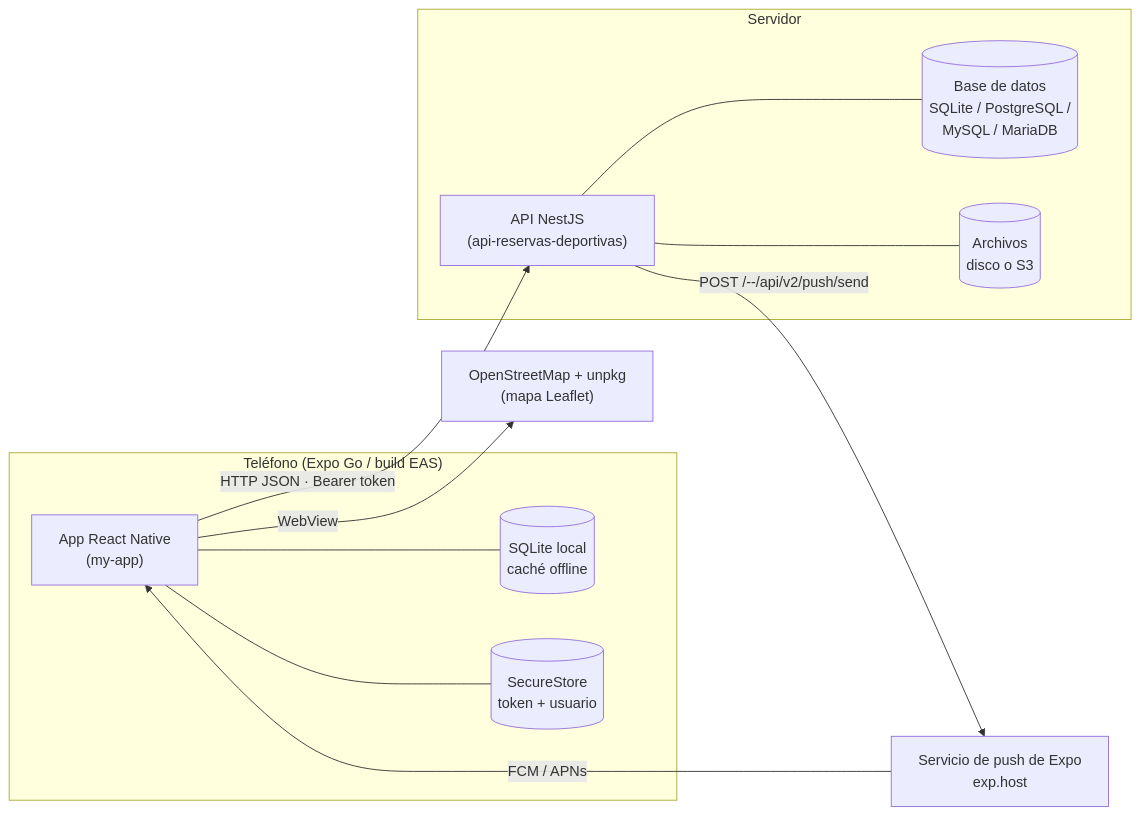
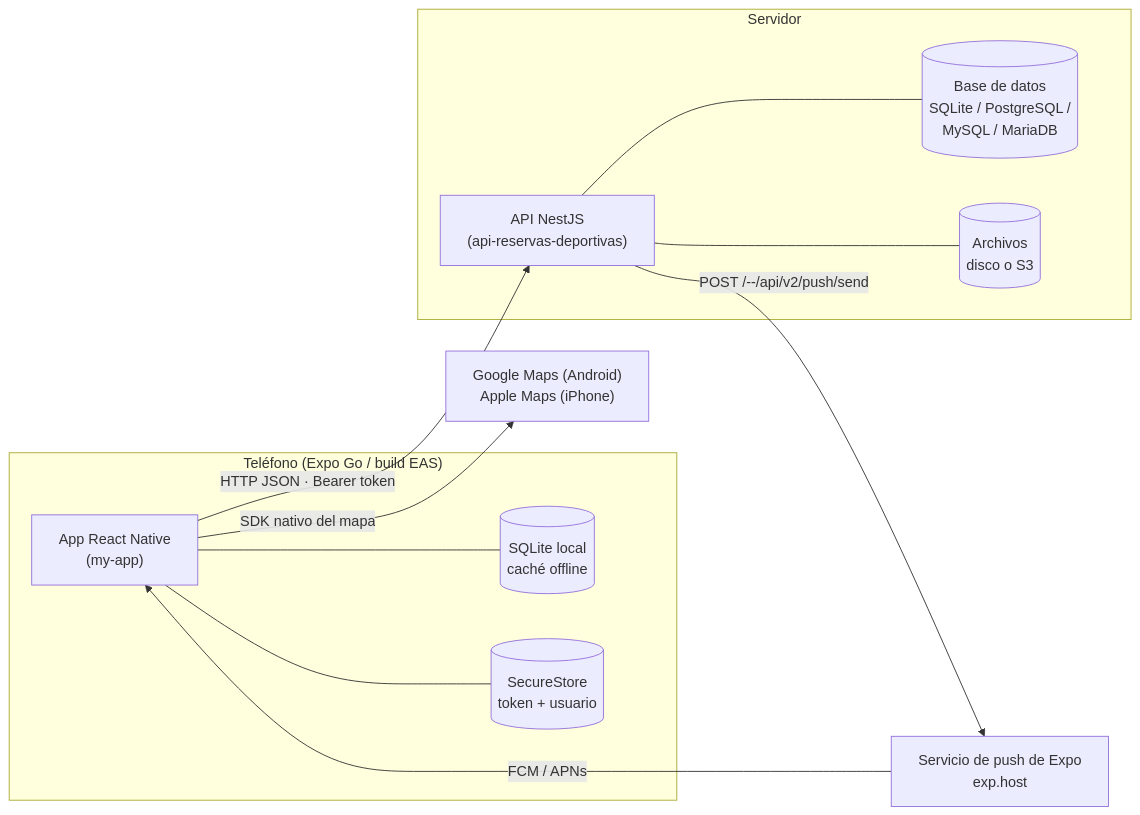
Before and after one commit to lucas12cn/proyecto-final-reservas: the first of 8 diagrams in docs/02-arquitectura.md, drawn with Mermaid. The commit also changed other lines of this file and 11 other files, not shown here.

First line of the commit message:
feat(app): mapa nativo con react-native-maps, sin WebView

````diff
--- a/docs/02-arquitectura.md
+++ b/docs/02-arquitectura.md
@@ -9,26 +9,26 @@
 ```mermaid
 flowchart LR
   subgraph Tel["Teléfono (Expo Go / build EAS)"]
     APP["App React Native<br/>(my-app)"]
     SQL[("SQLite local<br/>caché offline")]
     SEC[("SecureStore<br/>token + usuario")]
     APP --- SQL
     APP --- SEC
   end
 
   subgraph Srv["Servidor"]
     API["API NestJS<br/>(api-reservas-deportivas)"]
     DB[("Base de datos<br/>SQLite / PostgreSQL /<br/>MySQL / MariaDB")]
     FILES[("Archivos<br/>disco o S3")]
     API --- DB
     API --- FILES
   end
 
   EXPO["Servicio de push de Expo<br/>exp.host"]
-  OSM["OpenStreetMap + unpkg<br/>(mapa Leaflet)"]
+  MAPAS["Google Maps (Android)<br/>Apple Maps (iPhone)"]
 
   APP -- "HTTP JSON · Bearer token" --> API
   API -- "POST /--/api/v2/push/send" --> EXPO
   EXPO -- "FCM / APNs" --> APP
-  APP -- "WebView" --> OSM
+  APP -- "SDK nativo del mapa" --> MAPAS
 ```
````
